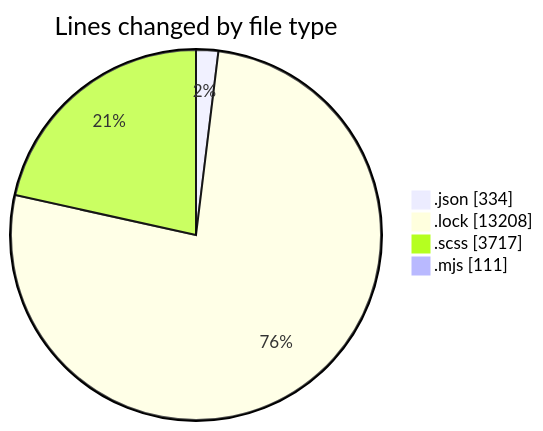
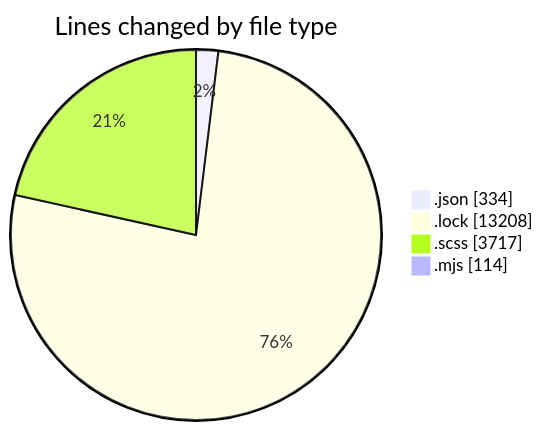
Before and after one commit to momahboobian/code-tracking: the first of 2 diagrams in 2026-01-26/cda/README.md, drawn with Mermaid. The commit also changed other lines of this file and 1 other file, not shown here.

````diff
--- a/2026-01-26/cda/README.md
+++ b/2026-01-26/cda/README.md
@@ -29,8 +29,8 @@
 ```mermaid
 pie showData
 title Lines changed by file type
 ".json" : 334
 ".lock" : 13208
 ".scss" : 3717
-".mjs" : 111
+".mjs" : 114
 ```
````
